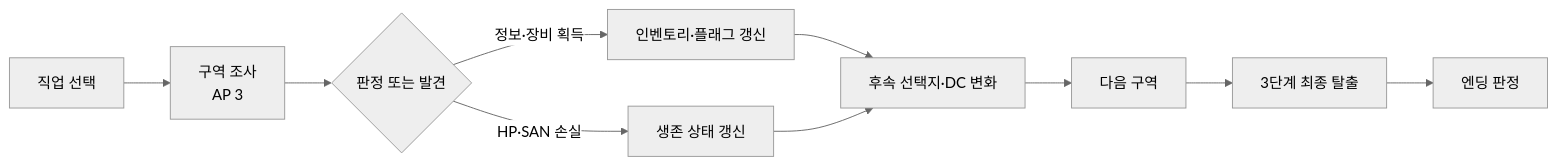
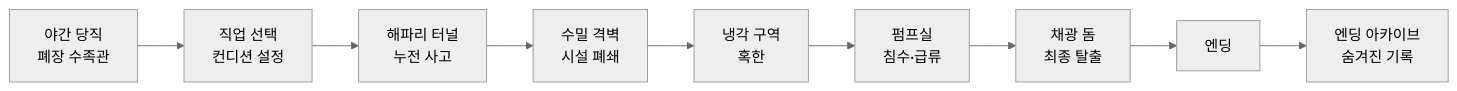
Before and after one commit to tichieeee1023/aquarium-trpg: the first of 5 diagrams in README.md, drawn with Mermaid (neutral theme). The commit also changed other lines of this file and 2 other files, not shown here.

````diff
--- a/README.md
+++ b/README.md
@@ -148,12 +92,11 @@
 ```mermaid
 flowchart LR
-  A[직업 선택] --> B[구역 조사<br/>AP 3]
-  B --> C{판정 또는 발견}
-  C -->|정보·장비 획득| D[인벤토리·플래그 갱신]
-  C -->|HP·SAN 손실| E[생존 상태 갱신]
-  D --> F[후속 선택지·DC 변화]
-  E --> F
-  F --> G[다음 구역]
-  G --> H[3단계 최종 탈출]
-  H --> I[엔딩 판정]
+    A[야간 당직<br/>폐장 수족관] --> B[직업 선택<br/>컨디션 설정]
+    B --> C[해파리 터널<br/>누전 사고]
+    C --> D[수밀 격벽<br/>시설 폐쇄]
+    D --> E[냉각 구역<br/>혹한]
+    E --> F[펌프실<br/>침수·급류]
+    F --> G[채광 돔<br/>최종 탈출]
+    G --> H[엔딩]
+    H --> I[엔딩 아카이브<br/>숨겨진 기록]
 ```
````
